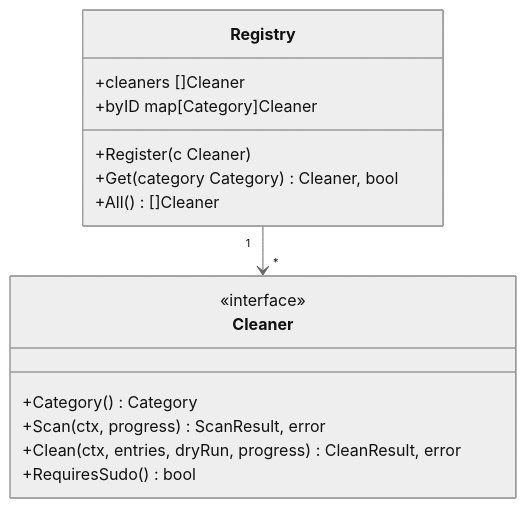
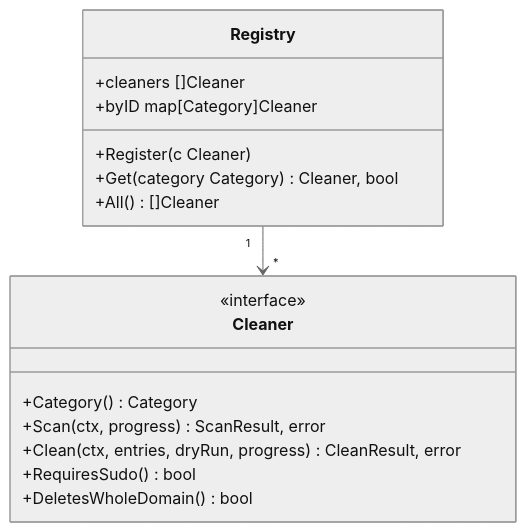
One commit to viniciussouzao/tidymymac changed the second of 8 diagrams in docs/ARCHITECTURE.md. Above: the diagram before and after it, drawn with Mermaid (neutral theme). The commit also changed other lines of this file and 1 other file, not shown here.

````diff
--- a/docs/ARCHITECTURE.md
+++ b/docs/ARCHITECTURE.md
@@ -162,20 +177,21 @@
 ```mermaid
 classDiagram
     class Registry {
         +cleaners []Cleaner
         +byID map[Category]Cleaner
         +Register(c Cleaner)
         +Get(category Category) Cleaner, bool
         +All() []Cleaner
     }
 
     class Cleaner {
         <<interface>>
         +Category() Category
         +Scan(ctx, progress) ScanResult, error
         +Clean(ctx, entries, dryRun, progress) CleanResult, error
         +RequiresSudo() bool
+        +DeletesWholeDomain() bool
     }
 
     Registry "1" --> "*" Cleaner
 ```
````
